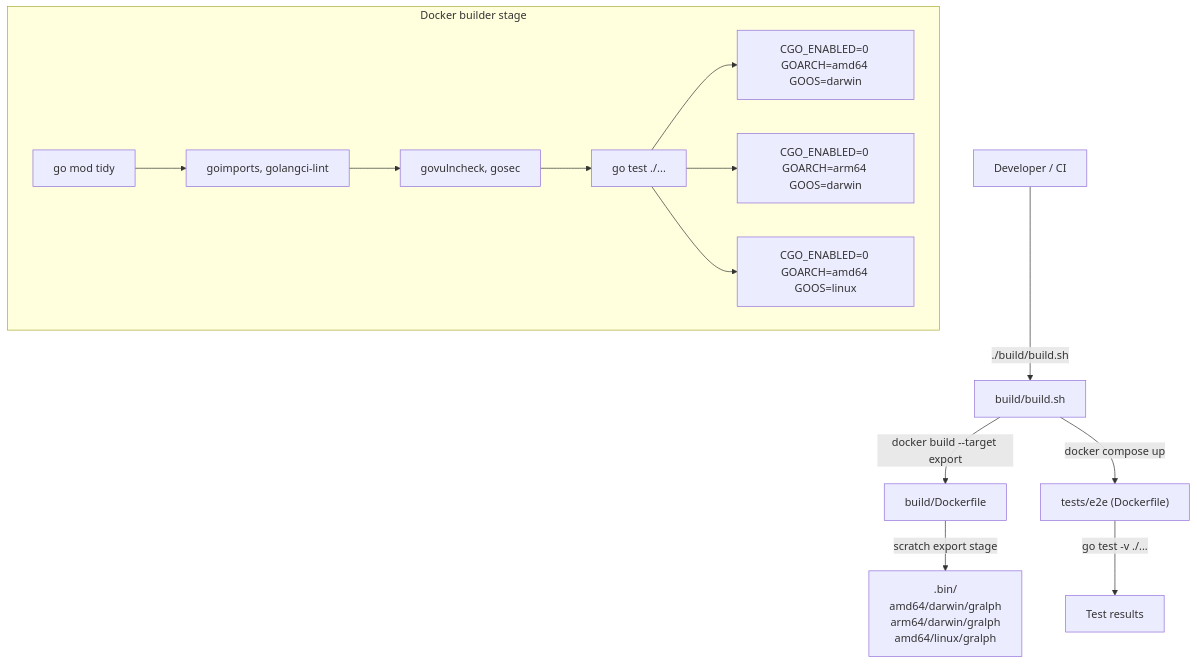
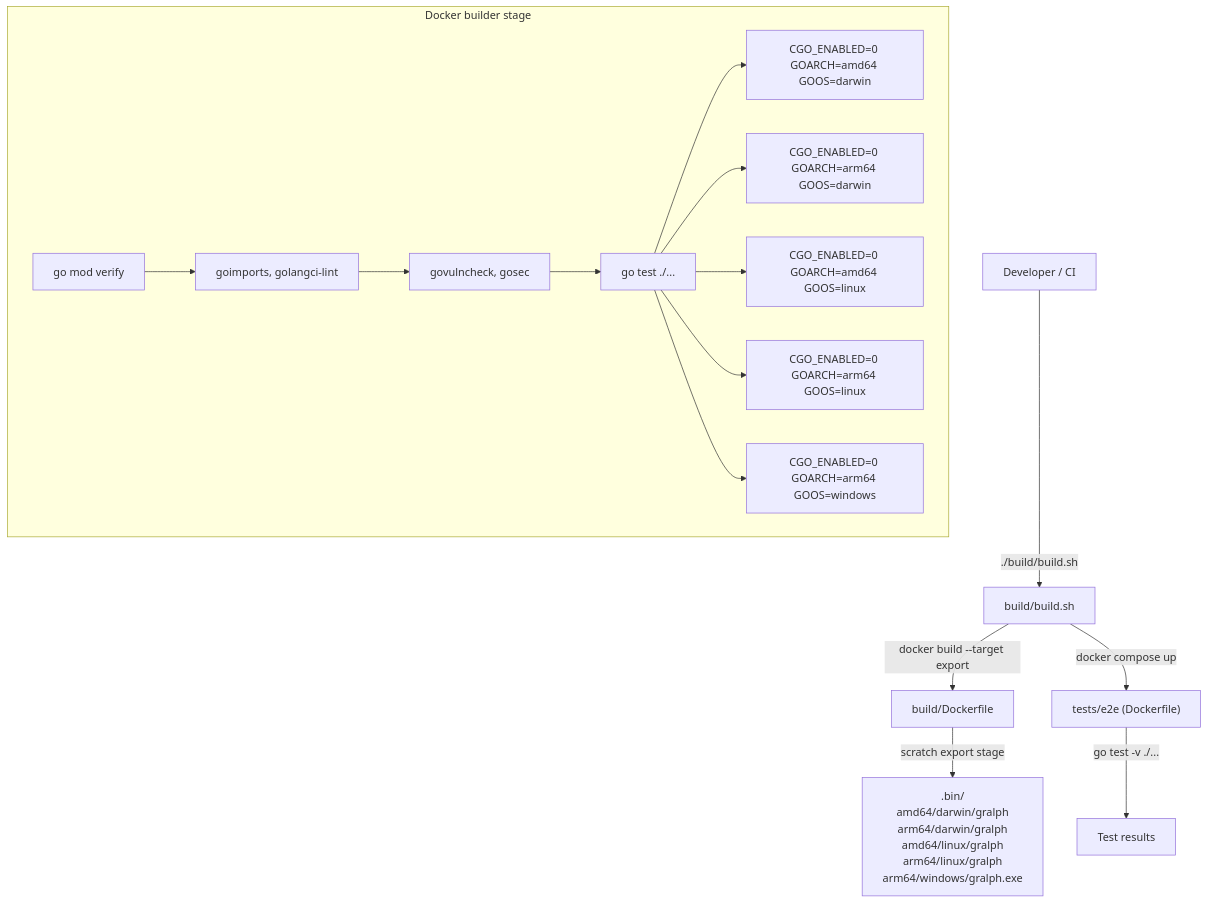
One commit to twistingmercury/gralph changed the diagram in docs/architecture/05-deployment-architecture.md. Above: the diagram before and after it, drawn with Mermaid. The commit also changed other lines of this file and 9 other files, not shown here.

````diff
--- a/docs/architecture/05-deployment-architecture.md
+++ b/docs/architecture/05-deployment-architecture.md
@@ -18,22 +18,26 @@
 ```mermaid
 flowchart TD
     Dev["Developer / CI"] -->|"./build/build.sh"| BuildSh["build/build.sh"]
     BuildSh -->|"docker build --target export"| Dockerfile["build/Dockerfile"]
 
     subgraph Docker["Docker builder stage"]
-        Tidy["go mod tidy"]
+        Verify["go mod verify"]
         Lint["goimports, golangci-lint"]
         Sec["govulncheck, gosec"]
         Test["go test ./..."]
         CompileA["CGO_ENABLED=0 GOARCH=amd64 GOOS=darwin"]
         CompileB["CGO_ENABLED=0 GOARCH=arm64 GOOS=darwin"]
         CompileC["CGO_ENABLED=0 GOARCH=amd64 GOOS=linux"]
-        Tidy --> Lint --> Sec --> Test --> CompileA
+        CompileD["CGO_ENABLED=0 GOARCH=arm64 GOOS=linux"]
+        CompileE["CGO_ENABLED=0 GOARCH=arm64 GOOS=windows"]
+        Verify --> Lint --> Sec --> Test --> CompileA
         Test --> CompileB
         Test --> CompileC
+        Test --> CompileD
+        Test --> CompileE
     end
 
-    Dockerfile -->|"scratch export stage"| BinDir[".bin/\namd64/darwin/gralph\narm64/darwin/gralph\namd64/linux/gralph"]
+    Dockerfile -->|"scratch export stage"| BinDir[".bin/\namd64/darwin/gralph\narm64/darwin/gralph\namd64/linux/gralph\narm64/linux/gralph\narm64/windows/gralph.exe"]
     BuildSh -->|"docker compose up"| E2E["tests/e2e (Dockerfile)"]
     E2E -->|"go test -v ./..."| Results["Test results"]
 ```
````
